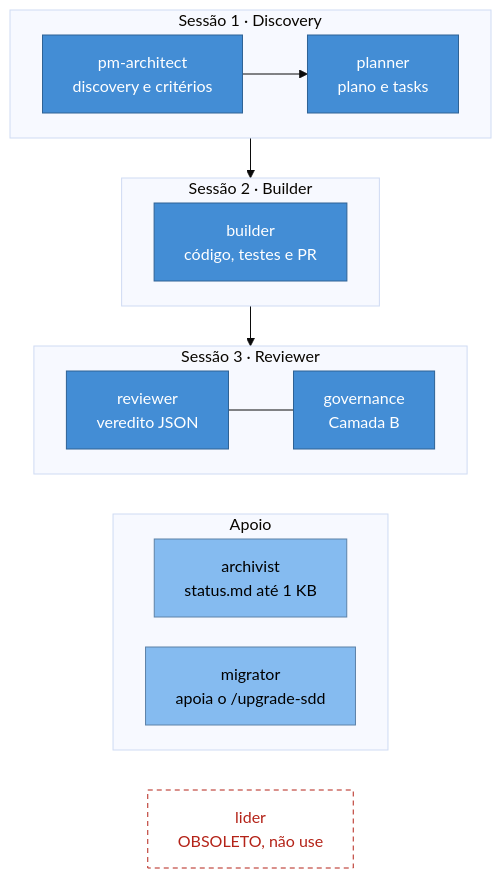
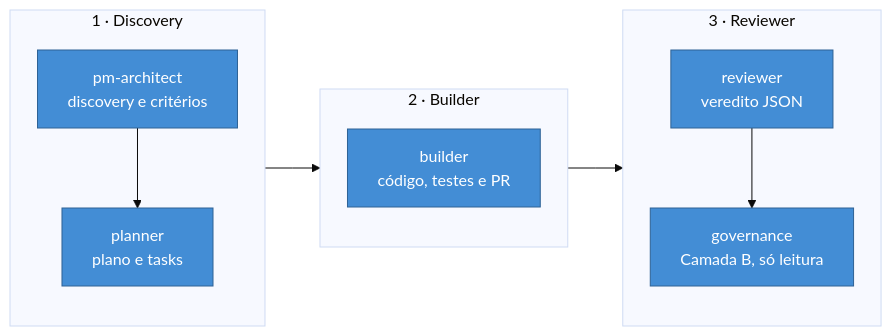
Before and after one commit to nathanramorim/forge-sdd: the diagram in docs/img/agentes.mmd, drawn with Mermaid (base theme). The commit also changed 3 other files, not shown here.

First line of the commit message:
docs(readme): diagrama dos agentes legível (3 sessões) e alt ajustado

```diff
--- a/docs/img/agentes.mmd
+++ b/docs/img/agentes.mmd
@@ -1,33 +1,23 @@
-%%{init: {"flowchart": {"curve": "linear", "nodeSpacing": 30, "rankSpacing": 40, "htmlLabels": false}}}%%
-flowchart TB
+%%{init: {"flowchart": {"curve": "linear", "nodeSpacing": 35, "rankSpacing": 55, "htmlLabels": false}}}%%
+flowchart LR
   classDef cont fill:#438dd5,stroke:#2e6295,color:#ffffff
-  classDef apoio fill:#85bbf0,stroke:#5d82a8,color:#000000
-  classDef velho fill:#ffffff,stroke:#b42318,color:#b42318,stroke-dasharray: 5 4
 
-  subgraph disc["Sessão 1 · Discovery"]
-    direction LR
+  subgraph disc["1 · Discovery"]
+    direction TB
     pm["pm-architect<br/>discovery e critérios"]:::cont
     pl["planner<br/>plano e tasks"]:::cont
   end
-  subgraph bld["Sessão 2 · Builder"]
-    direction LR
+  subgraph bld["2 · Builder"]
+    direction TB
     bu["builder<br/>código, testes e PR"]:::cont
   end
-  subgraph rev["Sessão 3 · Reviewer"]
-    direction LR
+  subgraph rev["3 · Reviewer"]
+    direction TB
     rv["reviewer<br/>veredito JSON"]:::cont
-    gv["governance<br/>Camada B"]:::cont
+    gv["governance<br/>Camada B, só leitura"]:::cont
   end
-  subgraph apo["Apoio"]
-    direction LR
-    ar["archivist<br/>status.md até 1 KB"]:::apoio
-    mi["migrator<br/>apoia o /upgrade-sdd"]:::apoio
-  end
-  li["lider<br/>OBSOLETO, não use"]:::velho
 
   pm --> pl
   pl --> bu
   bu --> rv
-  rv --- gv
-  rv ~~~ ar
-  mi ~~~ li
+  rv --> gv
```
